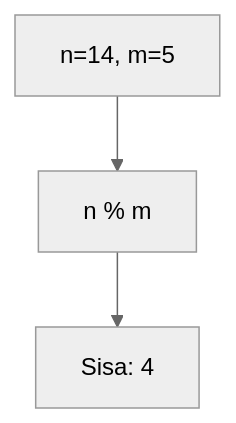
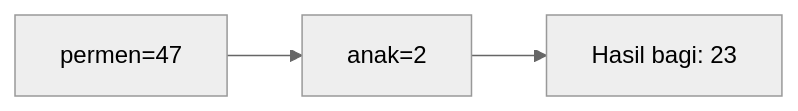
Before and after one commit to amnahwaida/OSNK_INF_PREP: the fifth of 25 diagrams in part-c-pemahaman-cpp/01-tipe-data/latihan/set-11.md, drawn with Mermaid (neutral theme). The commit also changed other lines of this file and 71 other files, not shown here.

````diff
--- a/part-c-pemahaman-cpp/01-tipe-data/latihan/set-11.md
+++ b/part-c-pemahaman-cpp/01-tipe-data/latihan/set-11.md
@@ -104,5 +136,5 @@
 ```mermaid
-graph TD
-A["n=14, m=5"] --> B["n % m"]
-B --> C["Sisa: 4"]
+graph LR
+A["permen=47"] --> B["anak=2"]
+B --> C["Hasil bagi: 23"]
 ```
````
